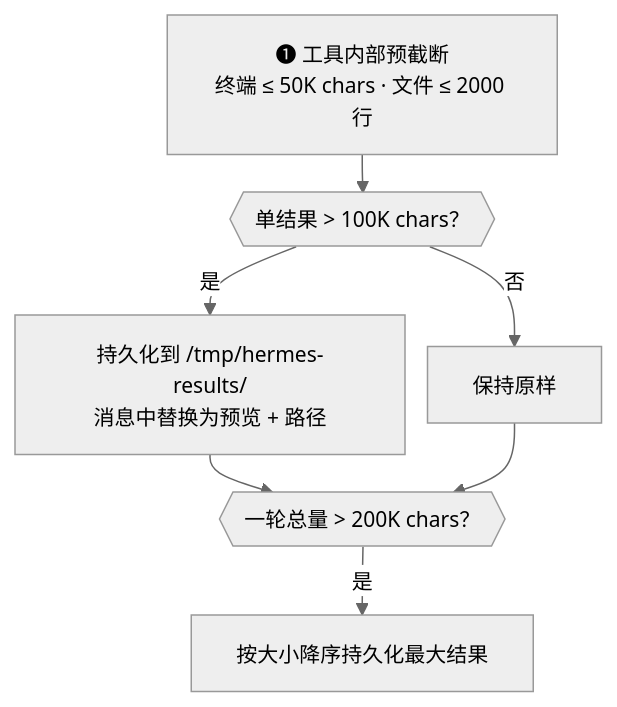
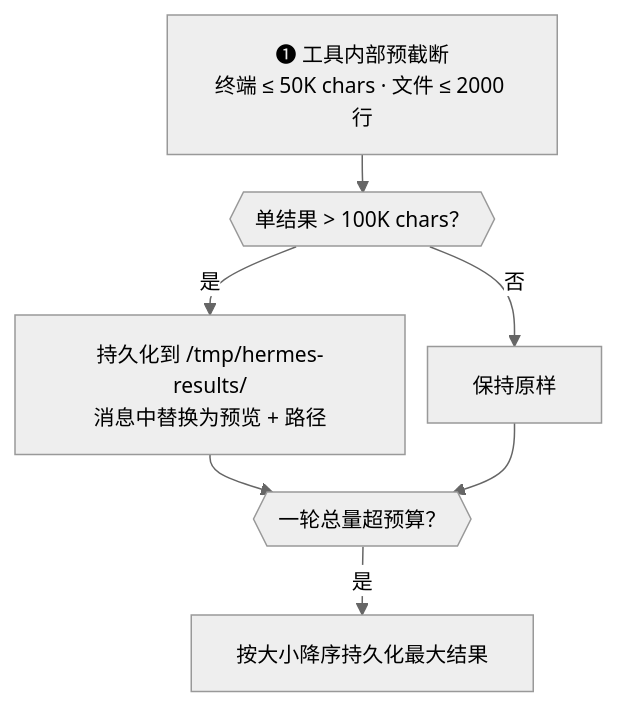
Before and after one commit to fang-lin/hermes-agent-code-analysis: the fifth of 5 diagrams in docs/zh/03-工具系统.md, drawn with Mermaid. The commit also changed other lines of this file and 3 other files, not shown here.

````diff
--- a/docs/zh/03-工具系统.md
+++ b/docs/zh/03-工具系统.md
@@ -286,14 +306,14 @@
 ```mermaid
 %%{init: {"theme": "neutral", "themeVariables": {"fontSize": "14px"}, "flowchart": {"nodeSpacing": 15, "rankSpacing": 25}}}%%
 flowchart TD
     L1["❶ 工具内部预截断<br/>终端 ≤ 50K chars · 文件 ≤ 2000 行"]
     L2{{"单结果 > 100K chars？"}}
     L2Y["持久化到 /tmp/hermes-results/<br/>消息中替换为预览 + 路径"]
     L2N["保持原样"]
-    L3{{"一轮总量 > 200K chars？"}}
+    L3{{"一轮总量超预算？"}}
     L3Y["按大小降序持久化最大结果"]
     L1 --> L2
     L2 -->|是| L2Y --> L3
     L2 -->|否| L2N --> L3
     L3 -->|是| L3Y
 ```
````
